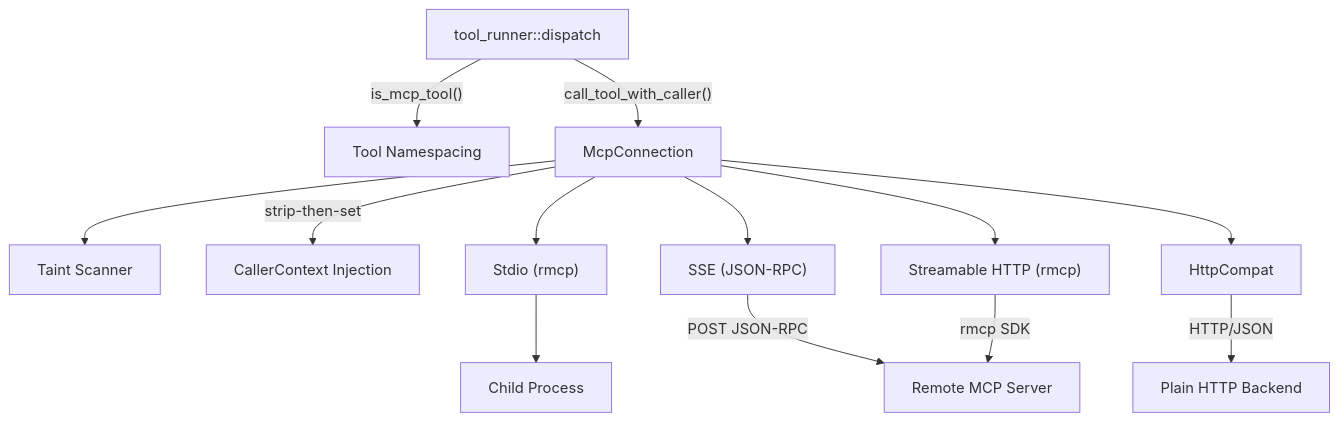
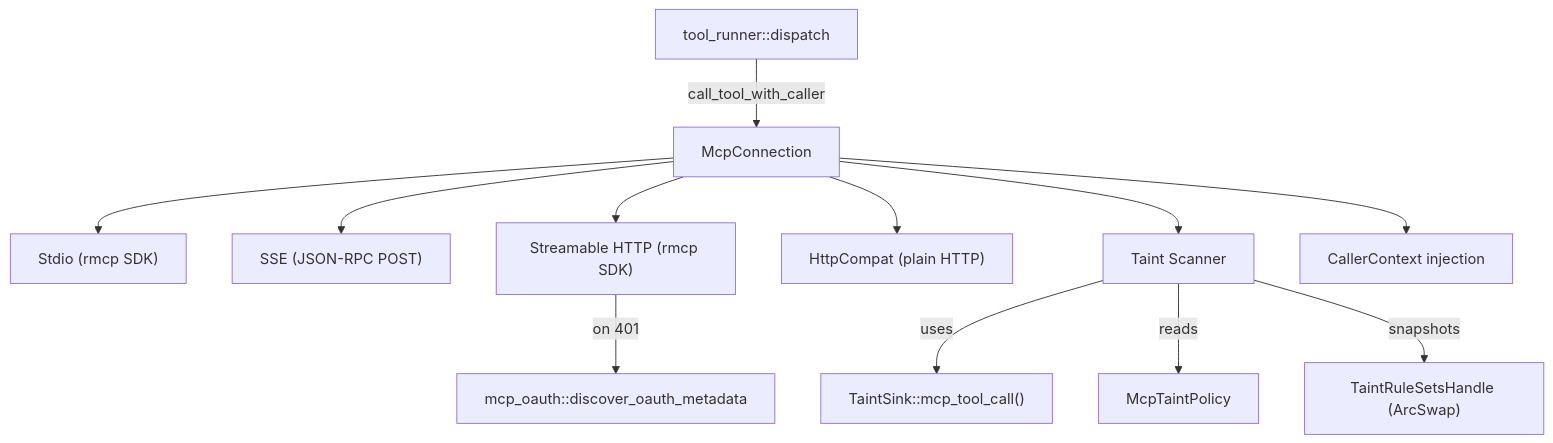
Before and after one commit to leszek3737/librefang-WIki: the diagram in agent-runtime-librefang-runtime-mcp-src.md, drawn with Mermaid. The commit also changed other lines of this file and 119 other files, not shown here.

````diff
--- a/agent-runtime-librefang-runtime-mcp-src.md
+++ b/agent-runtime-librefang-runtime-mcp-src.md
@@ -9,15 +9,14 @@
 ```mermaid
 graph TD
-    dispatch["tool_runner::dispatch"] -->|"is_mcp_tool()"| namespacing["Tool Namespacing"]
-    dispatch -->|"call_tool_with_caller()"| conn["McpConnection"]
-    conn --> taint["Taint Scanner"]
-    conn -->|"strip-then-set"| ctx["CallerContext Injection"]
-    conn --> stdio["Stdio (rmcp)"]
-    conn --> sse["SSE (JSON-RPC)"]
-    conn --> http["Streamable HTTP (rmcp)"]
-    conn --> compat["HttpCompat"]
-    stdio --> subprocess["Child Process"]
-    sse -->|"POST JSON-RPC"| remote["Remote MCP Server"]
-    http -->|"rmcp SDK"| remote
-    compat -->|"HTTP/JSON"| backend["Plain HTTP Backend"]
+    Dispatch["tool_runner::dispatch"] -->|call_tool_with_caller| Conn["McpConnection"]
+    Conn --> Stdio["Stdio (rmcp SDK)"]
+    Conn --> SSE["SSE (JSON-RPC POST)"]
+    Conn --> HTTP["Streamable HTTP (rmcp SDK)"]
+    Conn --> Compat["HttpCompat (plain HTTP)"]
+    Conn --> Taint["Taint Scanner"]
+    Conn --> CallerCtx["CallerContext injection"]
+    Taint -->|uses| TaintSink["TaintSink::mcp_tool_call()"]
+    Taint -->|reads| Policy["McpTaintPolicy"]
+    Taint -->|snapshots| RuleSets["TaintRuleSetsHandle (ArcSwap)"]
+    HTTP -->|on 401| OAuth["mcp_oauth::discover_oauth_metadata"]
 ```
````
